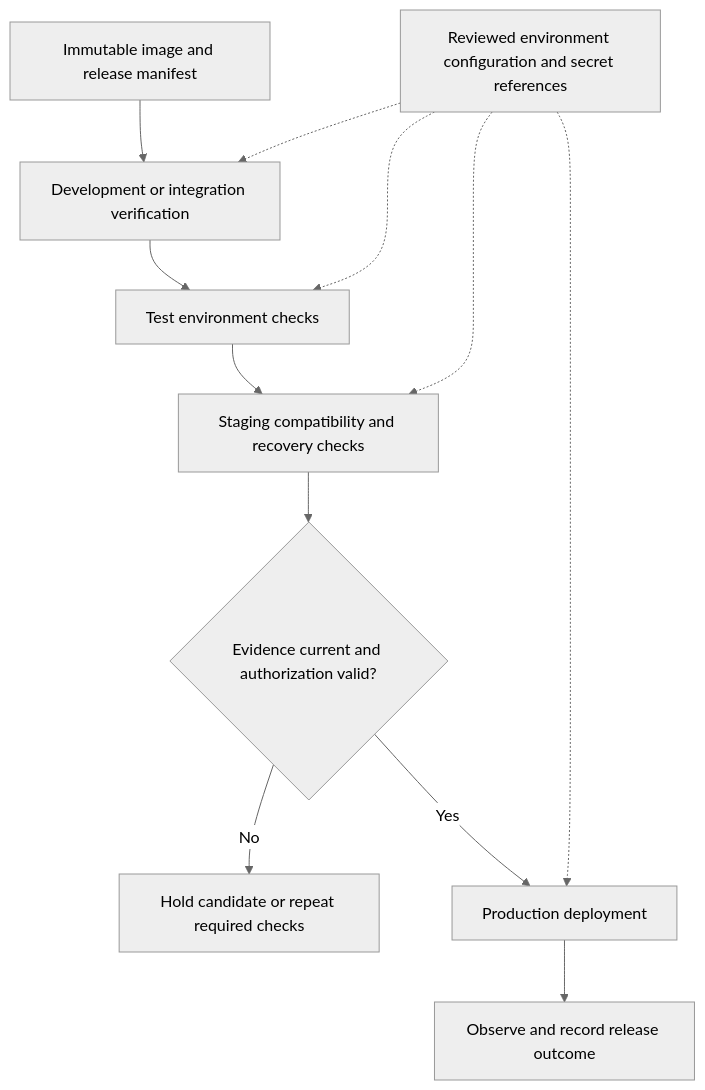
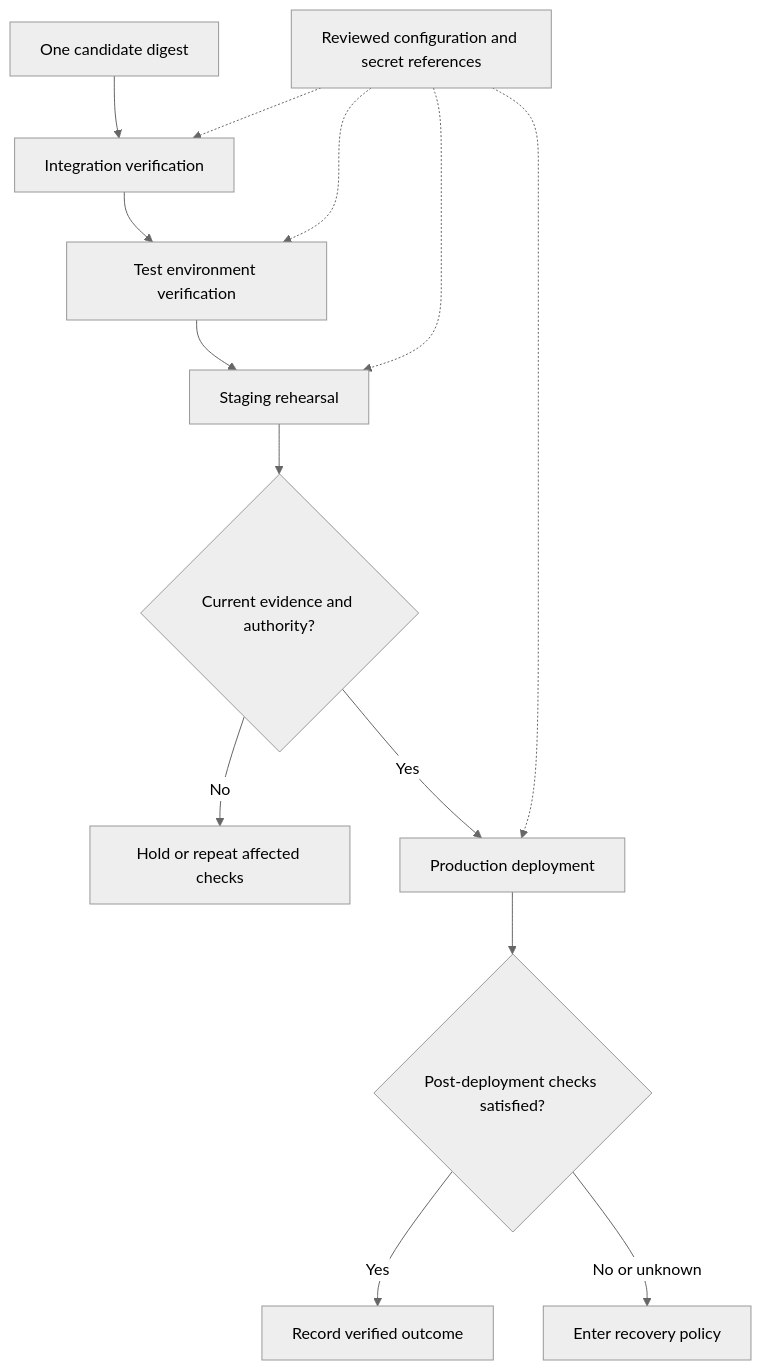
One commit to sheikh-zeeshan/Enterprise-AI-Engineering-Handbook changed the third of 6 diagrams in book/53-ci-cd.md. Above: the diagram before and after it, drawn with Mermaid (neutral theme). The commit also changed other lines of this file and 16 other files, not shown here.

````diff
--- a/book/53-ci-cd.md
+++ b/book/53-ci-cd.md
@@ -398,14 +414,16 @@
 ```mermaid
 flowchart TD
-    Candidate["Immutable image and release manifest"] --> Dev["Development or integration verification"]
-    Dev --> Test["Test environment checks"]
-    Test --> Stage["Staging compatibility and recovery checks"]
-    Stage --> Decision{"Evidence current and authorization valid?"}
-    Decision -->|No| Hold["Hold candidate or repeat required checks"]
-    Decision -->|Yes| Prod["Production deployment"]
-    Prod --> Verify["Observe and record release outcome"]
-    Config["Reviewed environment configuration and secret references"] -.-> Dev
+    Image["One candidate digest"] --> Integration["Integration verification"]
+    Integration --> Test["Test environment verification"]
+    Test --> Staging["Staging rehearsal"]
+    Config["Reviewed configuration and secret references"] -.-> Integration
     Config -.-> Test
-    Config -.-> Stage
-    Config -.-> Prod
+    Config -.-> Staging
+    Staging --> Decision{"Current evidence and authority?"}
+    Decision -->|No| Hold["Hold or repeat affected checks"]
+    Decision -->|Yes| Production["Production deployment"]
+    Config -.-> Production
+    Production --> Verified{"Post-deployment checks satisfied?"}
+    Verified -->|Yes| Record["Record verified outcome"]
+    Verified -->|No or unknown| Recovery["Enter recovery policy"]
 ```
````
